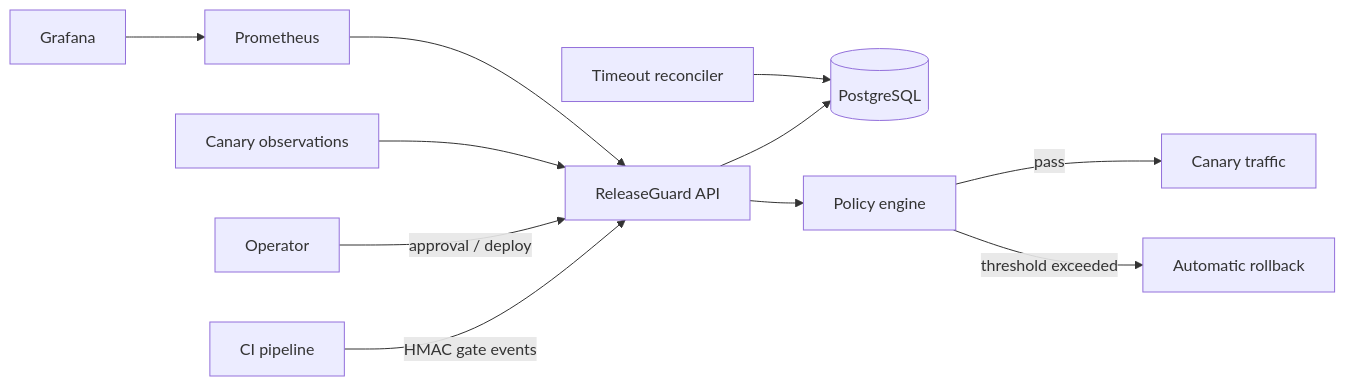
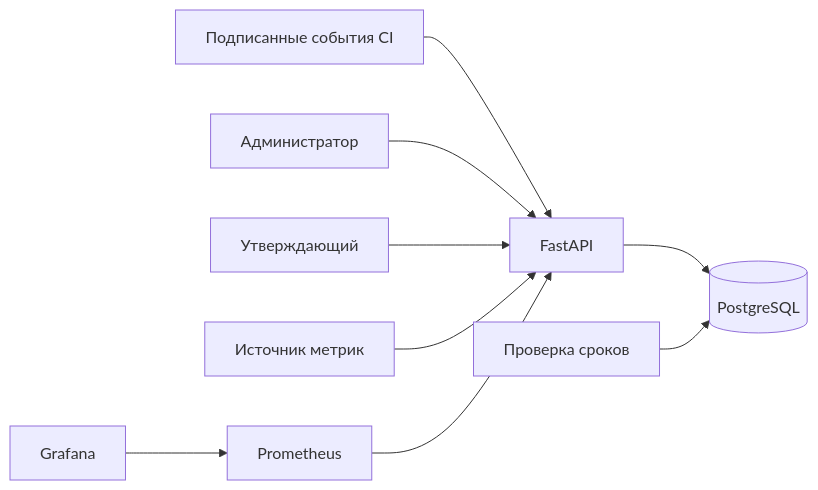
Before and after one commit to dasferwer/releaseguard: the diagram in docs/architecture.md, drawn with Mermaid. The commit also changed other lines of this file and 21 other files, not shown here.

````diff
--- a/docs/architecture.md
+++ b/docs/architecture.md
@@ -3,13 +3,11 @@
 ```mermaid
 flowchart LR
-    CI[CI pipeline] -- HMAC gate events --> API[ReleaseGuard API]
-    Operator -- approval / deploy --> API
+    CI[Подписанные события CI] --> API[FastAPI]
+    Admin[Администратор] --> API
+    Approver[Утверждающий] --> API
+    Observer[Источник метрик] --> API
     API --> DB[(PostgreSQL)]
-    Metrics[Canary observations] --> API
-    API --> POLICY[Policy engine]
-    POLICY -->|pass| CANARY[Canary traffic]
-    POLICY -->|threshold exceeded| ROLLBACK[Automatic rollback]
-    RECONCILER[Timeout reconciler] --> DB
-    PROM[Prometheus] --> API
-    GRAFANA[Grafana] --> PROM
+    Reconciler[Проверка сроков] --> DB
+    Prometheus --> API
+    Grafana --> Prometheus
 ```
````
